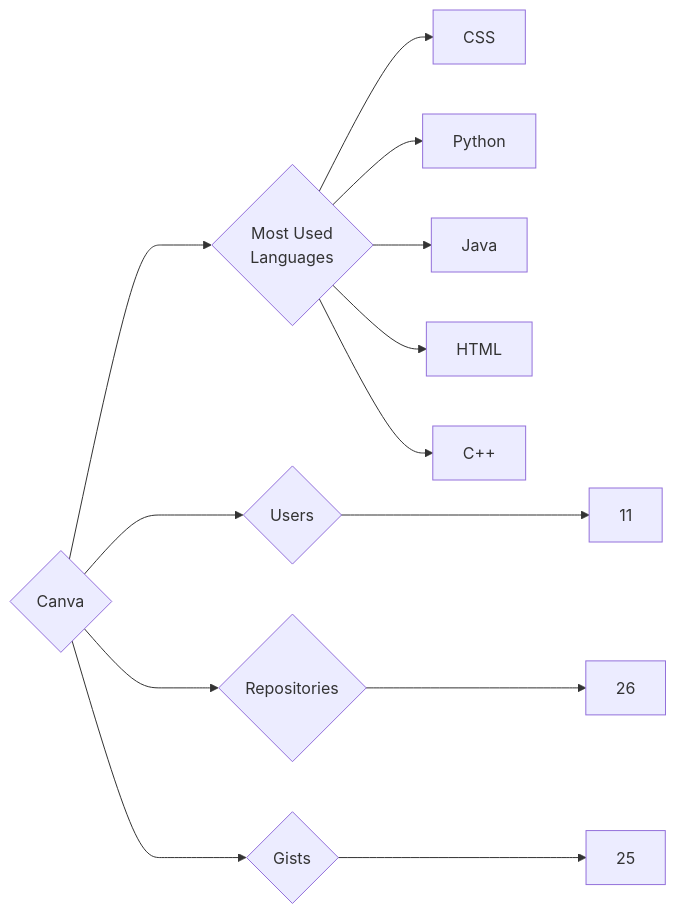
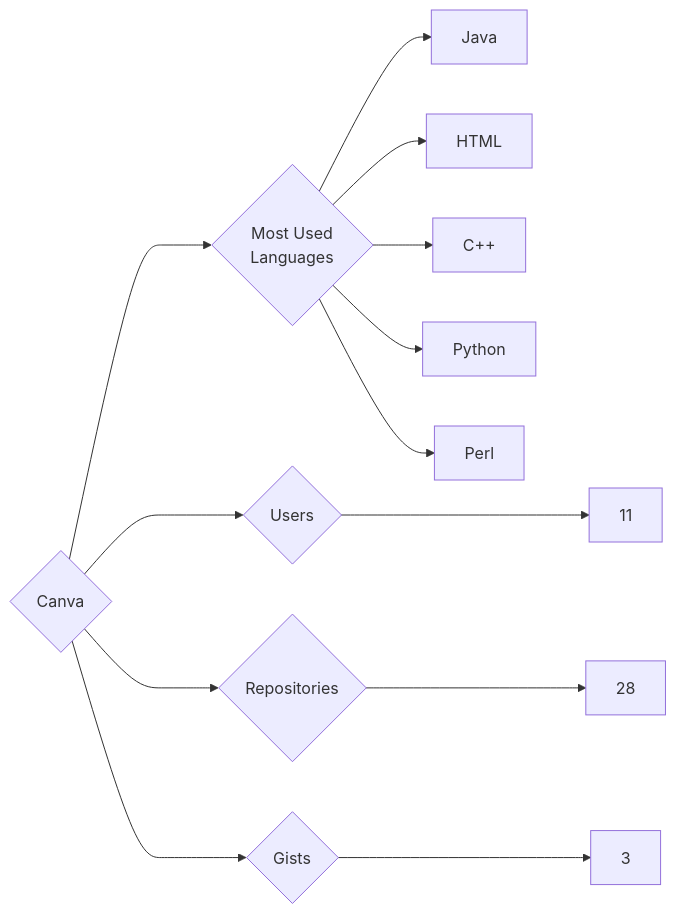
Before and after one commit to trickest/insiders: the diagram in targets/Canva/README.md, drawn with Mermaid. The commit also changed 1089 other files, not shown here.

````diff
--- a/targets/Canva/README.md
+++ b/targets/Canva/README.md
@@ -3,13 +3,13 @@
 ```mermaid
 graph LR
 COMPANY_NAME{Canva}
 COMPANY_NAME ---> U{Users} ---> UN[11]
-COMPANY_NAME ---> R{Repositories} ---> RN[26]
-COMPANY_NAME ---> G{Gists} ---> GN[25]
+COMPANY_NAME ---> R{Repositories} ---> RN[28]
+COMPANY_NAME ---> G{Gists} ---> GN[3]
 COMPANY_NAME ---> ML{Most Used<br>Languages}
-ML --> CSS[CSS]
-ML --> Python[Python]
 ML --> Java[Java]
 ML --> HTML[HTML]
 ML --> C++[C++]
+ML --> Python[Python]
+ML --> Perl[Perl]
 ```
````
